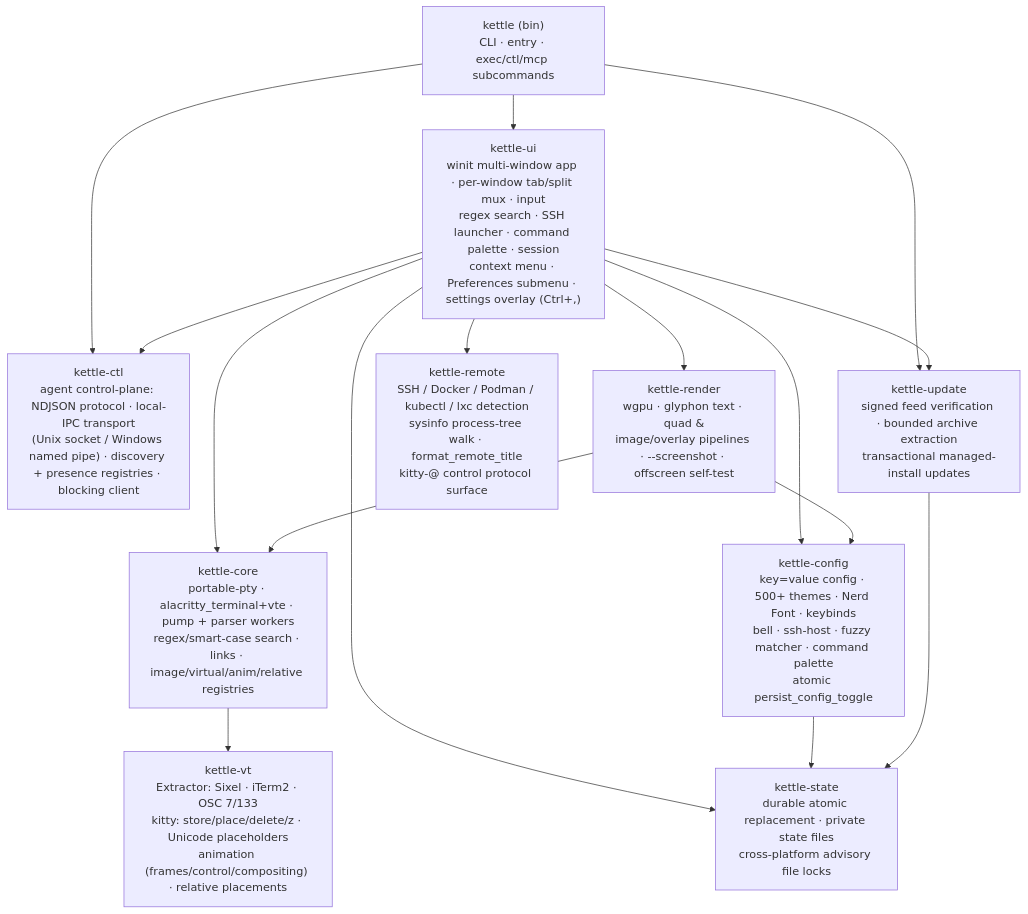
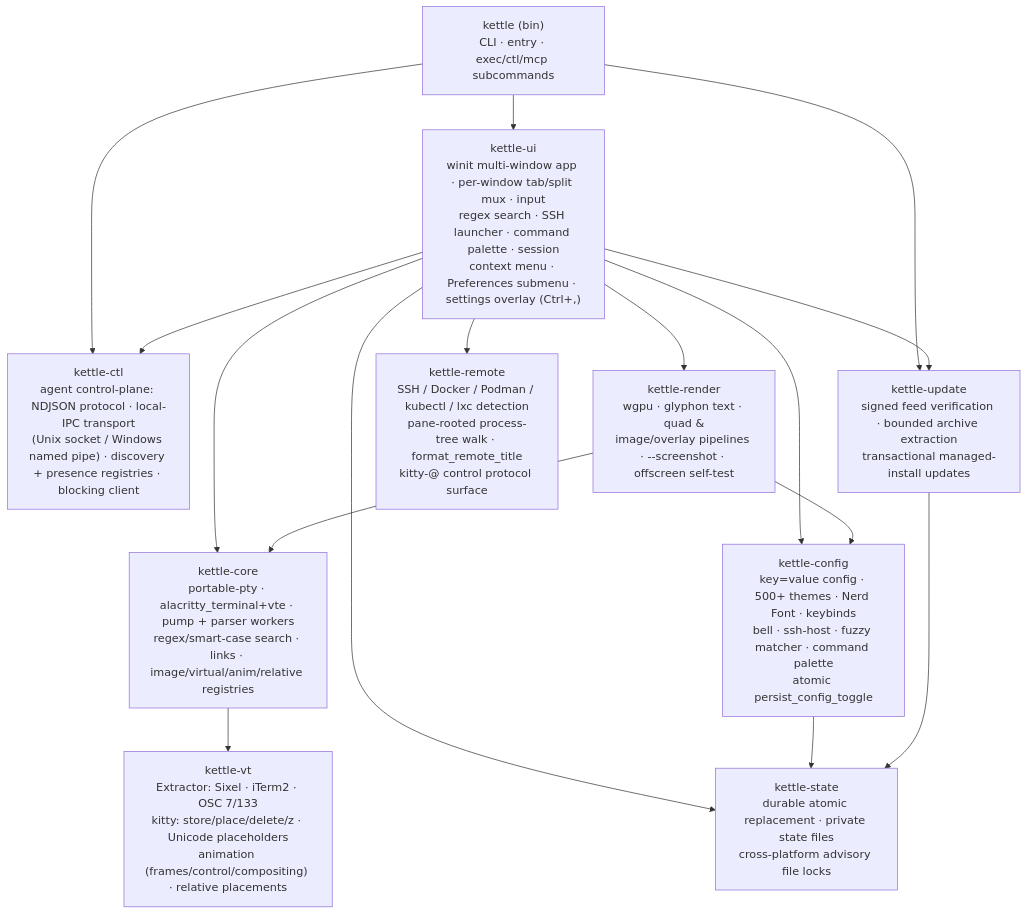
One commit to Reddimus/kettle changed the first of 11 diagrams in docs/ARCHITECTURE.md. Above: the diagram before and after it, drawn with Mermaid. The commit also changed other lines of this file and 7 other files, not shown here.

````diff
--- a/docs/ARCHITECTURE.md
+++ b/docs/ARCHITECTURE.md
@@ -10,22 +10,22 @@
 ```mermaid
 graph TD
     bin["kettle (bin)<br/>CLI · entry · exec/ctl/mcp subcommands"] --> ui
     bin --> ctl
     bin --> update
     ui["kettle-ui<br/>winit multi-window app · per-window tab/split mux · input<br/>regex search · SSH launcher · command palette · session<br/>context menu · Preferences submenu · settings overlay (Ctrl+,)"] --> render
     ui --> core
     ui --> cfg
     ui --> remote
     ui --> ctl
     ui --> state
     ui --> update
     ctl["kettle-ctl<br/>agent control-plane: NDJSON protocol · local-IPC transport<br/>(Unix socket / Windows named pipe) · discovery + presence registries · blocking client"]
     render["kettle-render<br/>wgpu · glyphon text · quad &<br/>image/overlay pipelines · --screenshot · offscreen self-test"] --> core
     render --> cfg
     core["kettle-core<br/>portable-pty · alacritty_terminal+vte · pump + parser workers<br/>regex/smart-case search · links · image/virtual/anim/relative registries"] --> vt
     cfg["kettle-config<br/>key=value config · 500+ themes · Nerd Font · keybinds<br/>bell · ssh-host · fuzzy matcher · command palette<br/>atomic persist_config_toggle"] --> state
     vt["kettle-vt<br/>Extractor: Sixel · iTerm2 · OSC 7/133<br/>kitty: store/place/delete/z · Unicode placeholders<br/>animation (frames/control/compositing) · relative placements"]
-    remote["kettle-remote<br/>SSH / Docker / Podman / kubectl / lxc detection<br/>sysinfo process-tree walk · format_remote_title<br/>kitty-@ control protocol surface"]
+    remote["kettle-remote<br/>SSH / Docker / Podman / kubectl / lxc detection<br/>pane-rooted process-tree walk · format_remote_title<br/>kitty-@ control protocol surface"]
     update["kettle-update<br/>signed feed verification · bounded archive extraction<br/>transactional managed-install updates"] --> state
     state["kettle-state<br/>durable atomic replacement · private state files<br/>cross-platform advisory file locks"]
 ```
````
